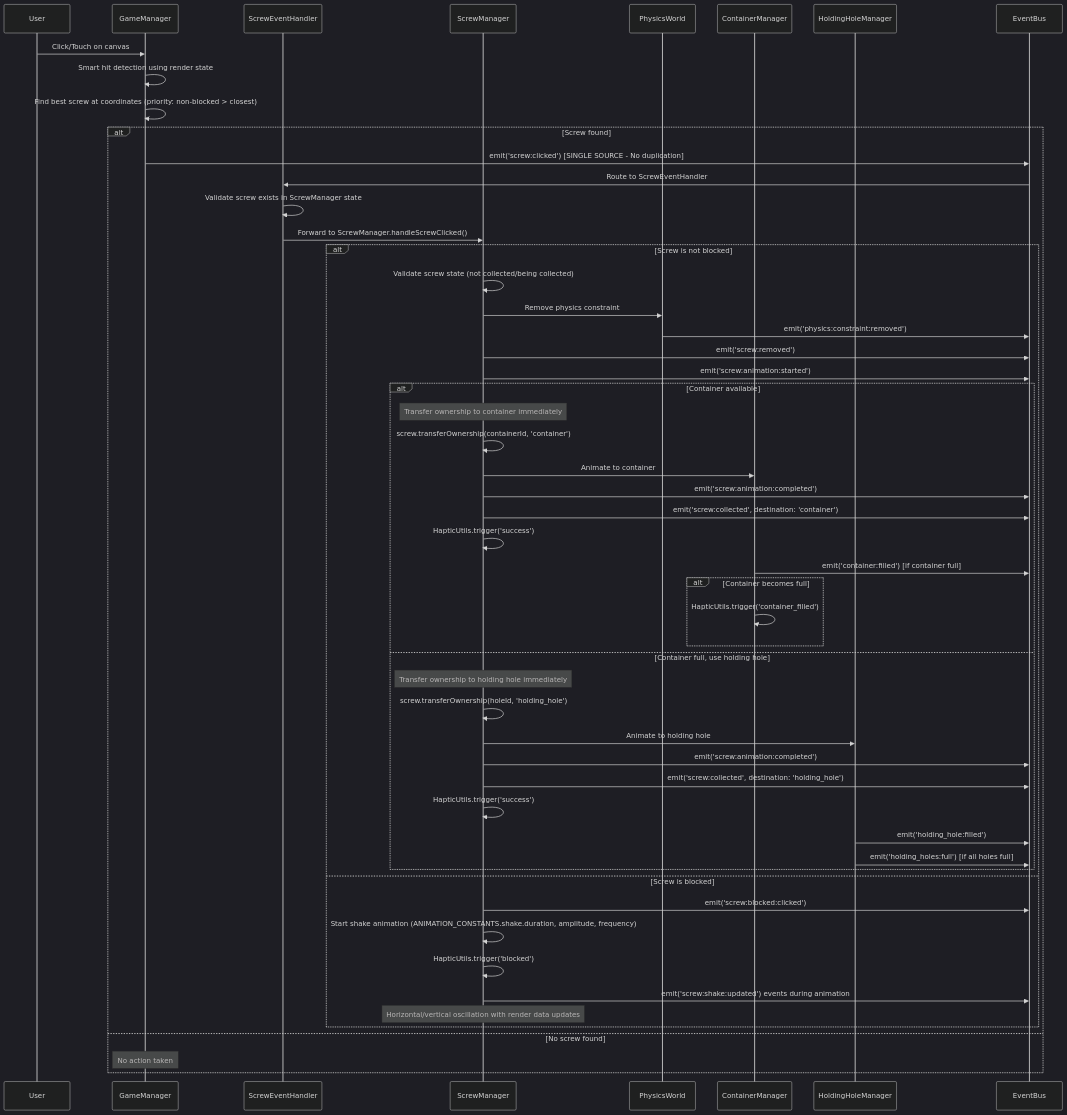
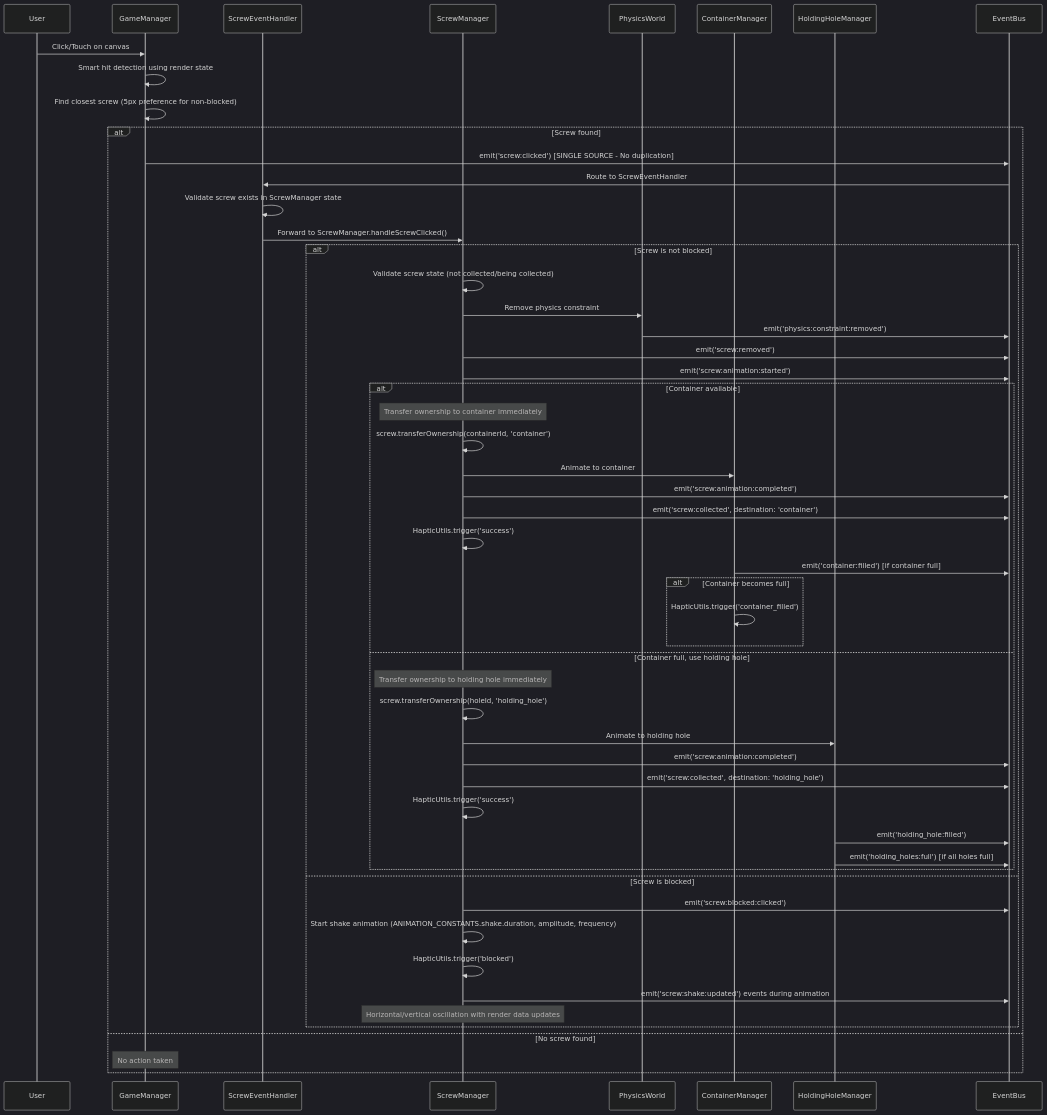
The third of 12 diagrams in docs/game_event_flows.md (paulrobello/par-shape-2d), drawn with Mermaid (dark theme) before and after one commit. The commit also changed other lines of this file and 2 other files, not shown here.

First line of the commit message:
docs: update documentation to reflect fixed screw selection behavior

````diff
--- a/docs/game_event_flows.md
+++ b/docs/game_event_flows.md
@@ -299,60 +300,60 @@
 ```mermaid
 sequenceDiagram
     participant User
     participant GM as GameManager
     participant SEH as ScrewEventHandler
     participant SM as ScrewManager
     participant PM as PhysicsWorld
     participant CM as ContainerManager
     participant HM as HoldingHoleManager
     participant EB as EventBus
 
     User->>GM: Click/Touch on canvas
     GM->>GM: Smart hit detection using render state
-    GM->>GM: Find best screw at coordinates (priority: non-blocked > closest)
+    GM->>GM: Find closest screw (5px preference for non-blocked)
     
     alt Screw found
         GM->>EB: emit('screw:clicked') [SINGLE SOURCE - No duplication]
         EB->>SEH: Route to ScrewEventHandler
         SEH->>SEH: Validate screw exists in ScrewManager state
         SEH->>SM: Forward to ScrewManager.handleScrewClicked()
         
         alt Screw is not blocked
             SM->>SM: Validate screw state (not collected/being collected)
             SM->>PM: Remove physics constraint
             PM->>EB: emit('physics:constraint:removed')
             SM->>EB: emit('screw:removed')
             SM->>EB: emit('screw:animation:started')
             
             alt Container available
                 Note over SM: Transfer ownership to container immediately
                 SM->>SM: screw.transferOwnership(containerId, 'container')
                 SM->>CM: Animate to container
                 SM->>EB: emit('screw:animation:completed')
                 SM->>EB: emit('screw:collected', destination: 'container')
                 SM->>SM: HapticUtils.trigger('success')
                 CM->>EB: emit('container:filled') [if container full]
                 alt Container becomes full
                     CM->>CM: HapticUtils.trigger('container_filled')
                 end
             else Container full, use holding hole
                 Note over SM: Transfer ownership to holding hole immediately
                 SM->>SM: screw.transferOwnership(holeId, 'holding_hole')
                 SM->>HM: Animate to holding hole
                 SM->>EB: emit('screw:animation:completed')
                 SM->>EB: emit('screw:collected', destination: 'holding_hole')
                 SM->>SM: HapticUtils.trigger('success')
                 HM->>EB: emit('holding_hole:filled')
                 HM->>EB: emit('holding_holes:full') [if all holes full]
             end
         else Screw is blocked
             SM->>EB: emit('screw:blocked:clicked')
             SM->>SM: Start shake animation (ANIMATION_CONSTANTS.shake.duration, amplitude, frequency)
             SM->>SM: HapticUtils.trigger('blocked')
             SM->>EB: emit('screw:shake:updated') events during animation
             Note over SM: Horizontal/vertical oscillation with render data updates
         end
     else No screw found
         Note over GM: No action taken
     end
 ```
````
